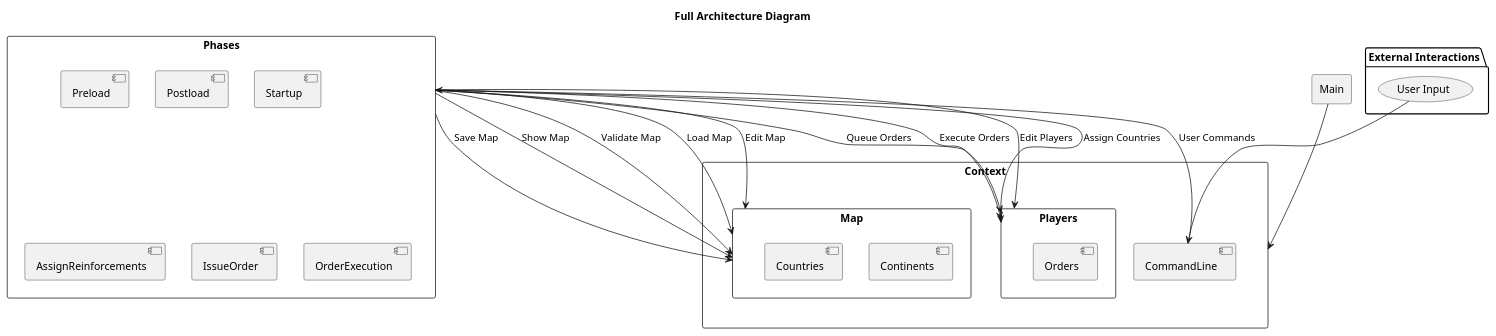
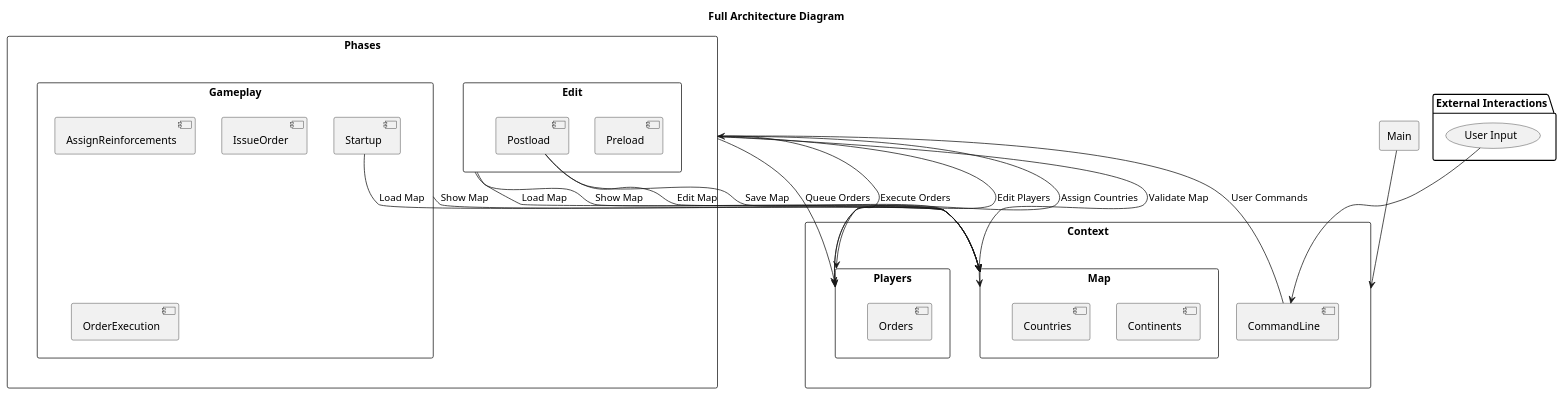
Before and after one commit to smarkandu/soen6441-project: the diagram in plantuml/architectural_diagram_simple.puml, drawn with PlantUML.

```diff
--- a/plantuml/architectural_diagram_simple.puml
+++ b/plantuml/architectural_diagram_simple.puml
@@ -1,48 +1,54 @@
 @startuml
 title Full Architecture Diagram
 
 ' Define the major components/modules of the system
 
 rectangle "Phases" {
+    rectangle "Edit" {
     [Preload]
     [Postload]
+    }
+    rectangle "Gameplay" {
     [Startup]
     [AssignReinforcements]
     [IssueOrder]
     [OrderExecution]
+    }
 }
 
 rectangle "Context" {
     [CommandLine]
     [CommandLine]-->[Phases]:User Commands
 
-    [Phases]-->[Map]:Load Map
-    [Phases]-->[Map]:Edit Map
-    [Phases]-->[Map]:Save Map
-    [Phases]-->[Map]:Show Map
+    [Edit]-->[Map]:Load Map
+    [Startup]-->[Map]:Load Map
+    [Postload]-->[Map]:Edit Map
+    [Postload]-->[Map]:Save Map
+    [Edit]-->[Map]:Show Map
+    [Gameplay]-->[Map]:Show Map
     [Phases]-->[Map]:Validate Map
 
     [Phases]-->[Players]:Edit Players
     [Phases]-->[Players]:Assign Countries
     [Phases]-->[Players]:Queue Orders
     [Phases]-->[Players]:Execute Orders
 
     rectangle "Map" {
         [Continents]
         [Countries]
     }
 
     rectangle "Players" {
         [Orders]
     }
 }
 
 package "External Interactions" {
     (User Input) --> [CommandLine]
 }
 
 ' External interactions
 rectangle "Main" {
     [Main] --> [Context]
 }
 @enduml
```
